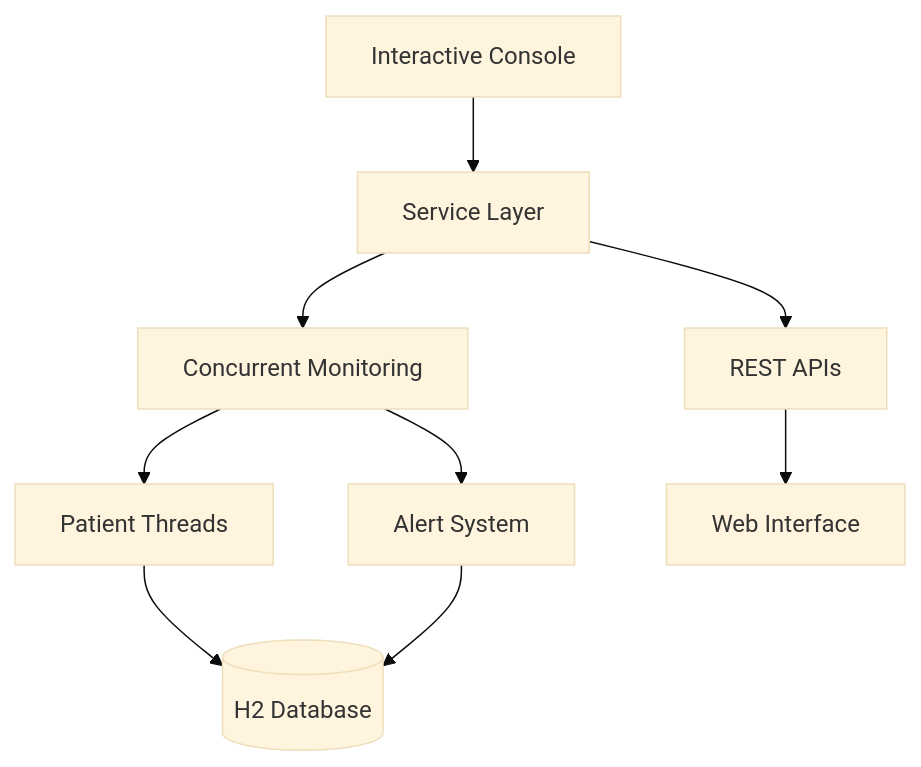
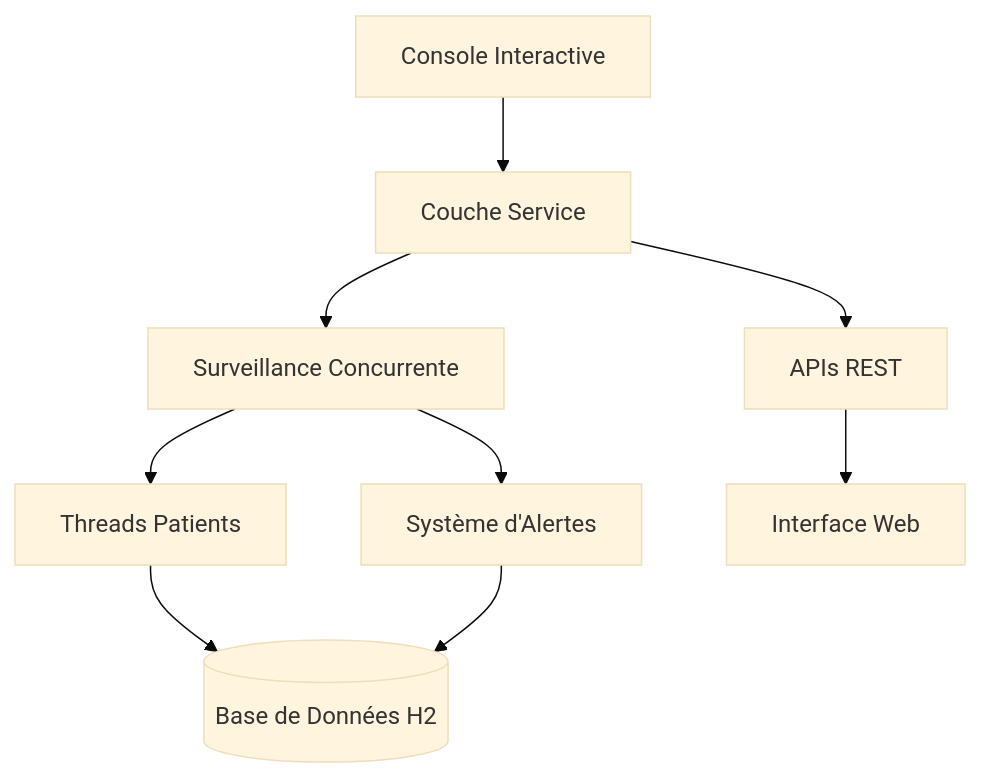
The diagram in README.md (salmain2022/patient_concurent), drawn with Mermaid (base theme) before and after one commit. The commit also changed other lines of this file, not shown here.

````diff
--- a/README.md
+++ b/README.md
@@ -39,11 +112,11 @@
 ```mermaid
 graph TB
-    A[Interactive Console] --> B[Service Layer]
-    B --> C[Concurrent Monitoring]
-    C --> D[Patient Threads]
-    C --> E[Alert System]
-    B --> F[REST APIs]
-    F --> G[Web Interface]
-    D --> H[(H2 Database)]
+    A[Console Interactive] --> B[Couche Service]
+    B --> C[Surveillance Concurrente]
+    C --> D[Threads Patients]
+    C --> E[Système d'Alertes]
+    B --> F[APIs REST]
+    F --> G[Interface Web]
+    D --> H[(Base de Données H2)]
     E --> H
 ```
````
